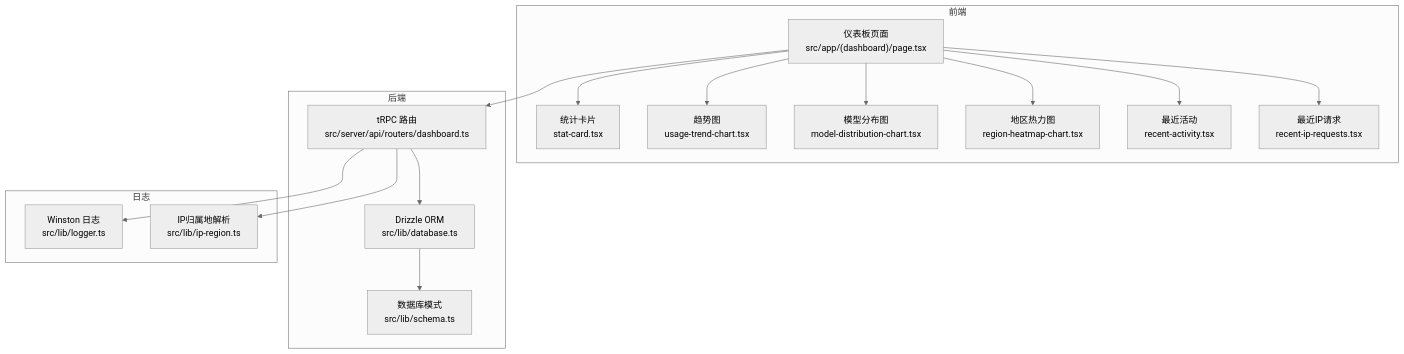
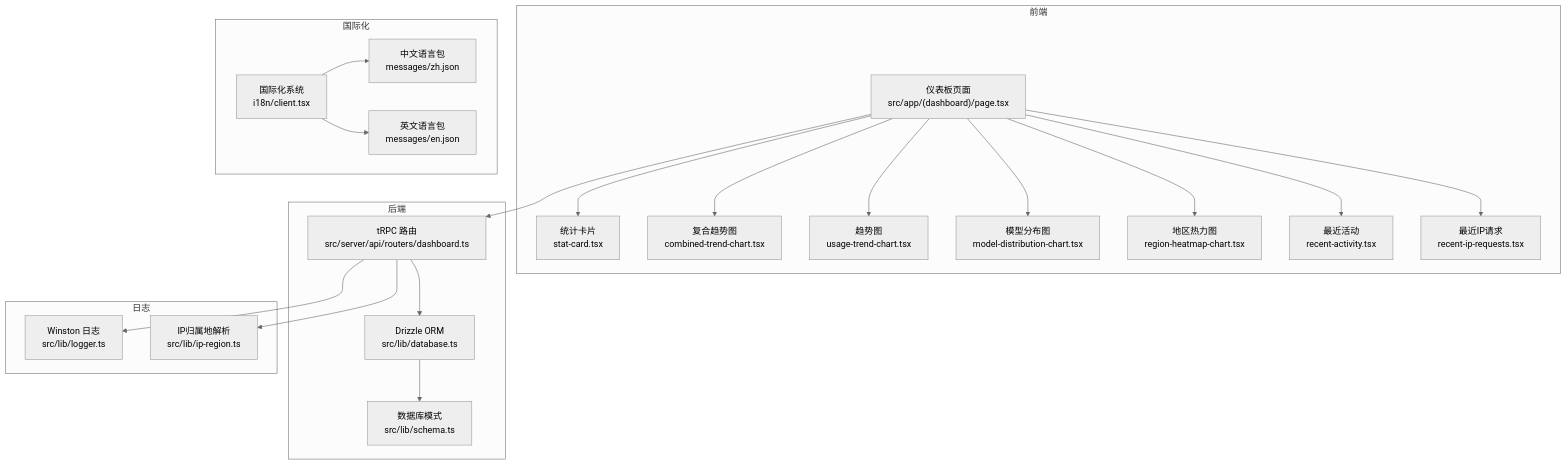
Before and after one commit to RadiumAg/AIGate: the first of 13 diagrams in .qoder/repowiki/zh/content/监控与分析/监控与分析.md, drawn with Mermaid (neutral theme). The commit also changed other lines of this file and 30 other files, not shown here.

````diff
--- a/.qoder/repowiki/zh/content/监控与分析/监控与分析.md
+++ b/.qoder/repowiki/zh/content/监控与分析/监控与分析.md
@@ -40,32 +53,41 @@
 ```mermaid
 graph TB
 subgraph "前端"
 UI_Dashboard["仪表板页面<br/>src/app/(dashboard)/page.tsx"]
 Comp_Stats["统计卡片<br/>stat-card.tsx"]
+Comp_Combined["复合趋势图<br/>combined-trend-chart.tsx"]
 Comp_Trend["趋势图<br/>usage-trend-chart.tsx"]
 Comp_Model["模型分布图<br/>model-distribution-chart.tsx"]
 Comp_Region["地区热力图<br/>region-heatmap-chart.tsx"]
 Comp_Activity["最近活动<br/>recent-activity.tsx"]
 Comp_IP["最近IP请求<br/>recent-ip-requests.tsx"]
 end
 subgraph "后端"
 TRPC["tRPC 路由<br/>src/server/api/routers/dashboard.ts"]
 DB["Drizzle ORM<br/>src/lib/database.ts"]
 Schema["数据库模式<br/>src/lib/schema.ts"]
 end
+subgraph "国际化"
+I18n["国际化系统<br/>i18n/client.tsx"]
+LangCN["中文语言包<br/>messages/zh.json"]
+LangEN["英文语言包<br/>messages/en.json"]
+end
 subgraph "日志"
 Logger["Winston 日志<br/>src/lib/logger.ts"]
 IPRegion["IP归属地解析<br/>src/lib/ip-region.ts"]
 end
 UI_Dashboard --> Comp_Stats
+UI_Dashboard --> Comp_Combined
 UI_Dashboard --> Comp_Trend
 UI_Dashboard --> Comp_Model
 UI_Dashboard --> Comp_Region
 UI_Dashboard --> Comp_Activity
 UI_Dashboard --> Comp_IP
 UI_Dashboard --> TRPC
 TRPC --> DB
 DB --> Schema
 TRPC --> Logger
 TRPC --> IPRegion
+I18n --> LangCN
+I18n --> LangEN
 ```
````
